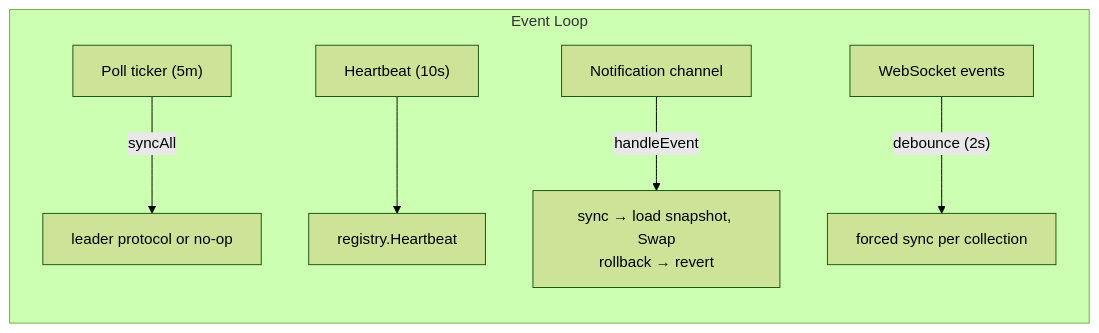
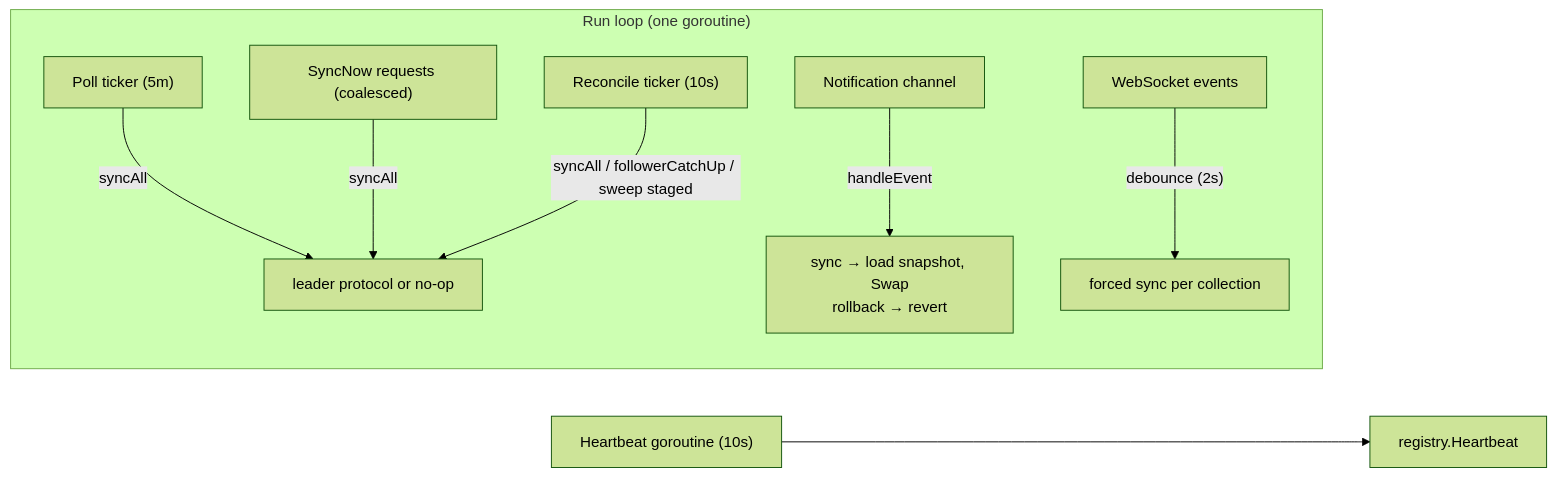
The diagram in docs/manager-package.md (swchck/director), drawn with Mermaid (forest theme) before and after one commit. The commit also changed other lines of this file and 96 other files, not shown here.

````diff
--- a/docs/manager-package.md
+++ b/docs/manager-package.md
@@ -246,9 +249,11 @@
 ```mermaid
 flowchart LR
-    subgraph Event Loop
+    subgraph "Run loop (one goroutine)"
         PT["Poll ticker (5m)"] -->|syncAll| LP[leader protocol or no-op]
-        HB["Heartbeat (10s)"] --> RH[registry.Heartbeat]
+        SN["SyncNow requests (coalesced)"] -->|syncAll| LP
+        RT["Reconcile ticker (10s)"] -->|"syncAll / followerCatchUp / sweep staged"| LP
         NC[Notification channel] -->|handleEvent| EH["sync → load snapshot, Swap<br/>rollback → revert"]
         WS[WebSocket events] -->|"debounce (2s)"| FS[forced sync per collection]
     end
+    HB["Heartbeat goroutine (10s)"] --> RH[registry.Heartbeat]
 ```
````
